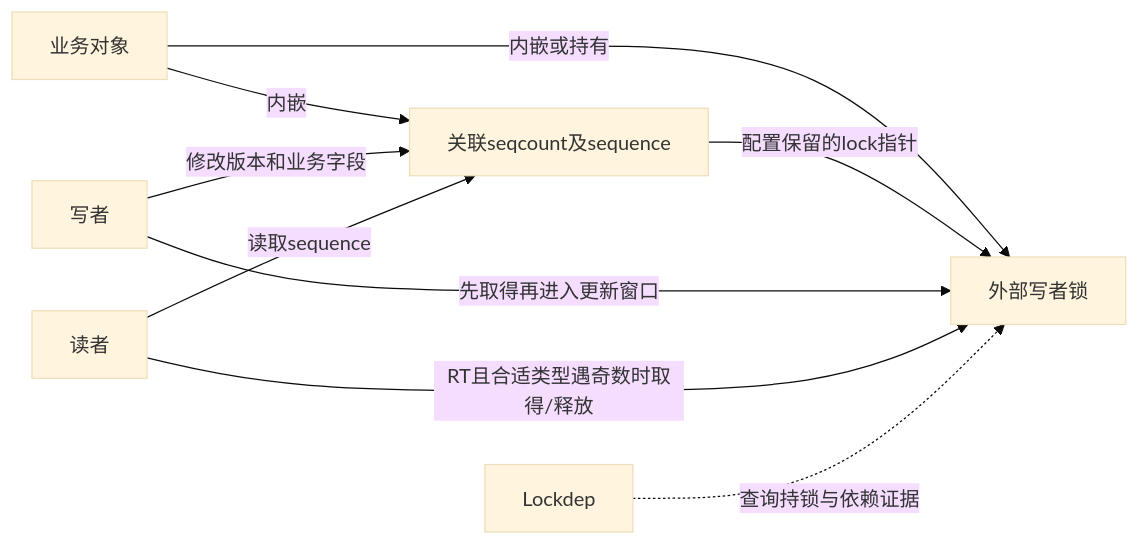
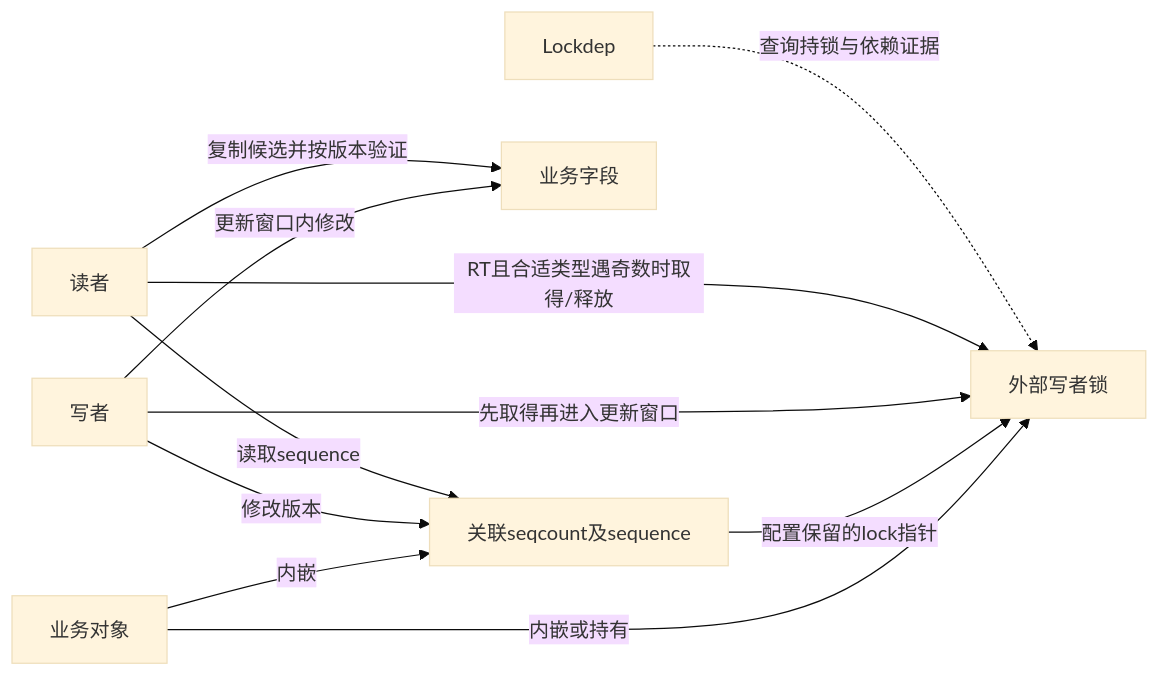
One commit to FormingSystem/linux_note changed the first of 2 diagrams in knowledge/linux/synchronization_and_asynchrony/synchronization/sequence_counters/P05_关联锁变体与实时性边界.md. Above: the diagram before and after it, drawn with Mermaid (base theme). The commit also changed other lines of this file and 11 other files, not shown here.

````diff
--- a/knowledge/linux/synchronization_and_asynchrony/synchronization/sequence_counters/P05_关联锁变体与实时性边界.md
+++ b/knowledge/linux/synchronization_and_asynchrony/synchronization/sequence_counters/P05_关联锁变体与实时性边界.md
@@ -31,11 +33,13 @@
 ```mermaid
 flowchart LR
     O[业务对象] -->|内嵌| S[关联seqcount及sequence]
     O -->|内嵌或持有| L[外部写者锁]
     S -->|配置保留的lock指针| L
     W[写者] -->|先取得再进入更新窗口| L
-    W -->|修改版本和业务字段| S
+    W -->|修改版本| S
+    W -->|更新窗口内修改| D[业务字段]
+    R -->|复制候选并按版本验证| D
     R[读者] -->|读取sequence| S
     R -->|RT且合适类型遇奇数时取得/释放| L
     K[Lockdep] -.->|查询持锁与依赖证据| L
 ```
````
